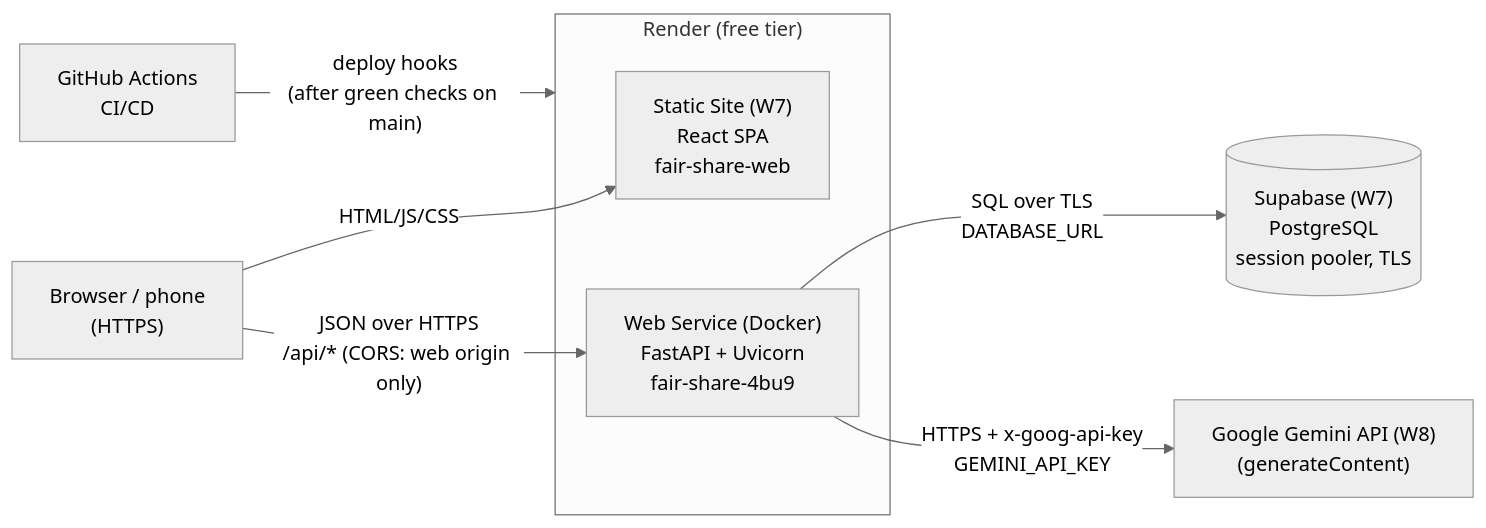
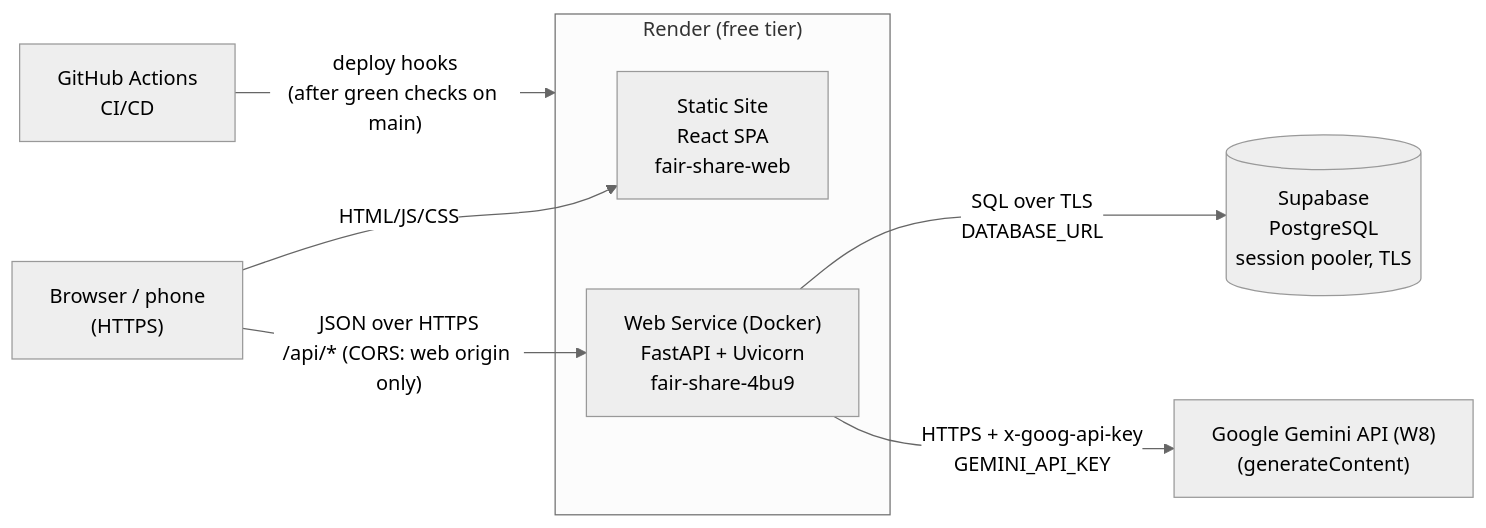
The first of 5 diagrams in docs/ARCHITECTURE.md (NeitLN/Fair-Share), drawn with Mermaid (neutral theme) before and after one commit. The commit also changed other lines of this file and 1 other file, not shown here.

First line of the commit message:
docs: the web app is live on a Render Static Site

````diff
--- a/docs/ARCHITECTURE.md
+++ b/docs/ARCHITECTURE.md
@@ -12,17 +13,17 @@
 ```mermaid
 flowchart LR
     U["Browser / phone<br/>(HTTPS)"]
     subgraph Render["Render (free tier)"]
-        WEB["Static Site (W7)<br/>React SPA<br/>fair-share-web"]
+        WEB["Static Site<br/>React SPA<br/>fair-share-web"]
         API["Web Service (Docker)<br/>FastAPI + Uvicorn<br/>fair-share-4bu9"]
     end
-    DB[("Supabase (W7)<br/>PostgreSQL<br/>session pooler, TLS")]
+    DB[("Supabase<br/>PostgreSQL<br/>session pooler, TLS")]
     AI["Google Gemini API (W8)<br/>(generateContent)"]
     GH["GitHub Actions<br/>CI/CD"]
 
     U -- "HTML/JS/CSS" --> WEB
     U -- "JSON over HTTPS<br/>/api/* (CORS: web origin only)" --> API
     API -- "SQL over TLS<br/>DATABASE_URL" --> DB
     API -- "HTTPS + x-goog-api-key<br/>GEMINI_API_KEY" --> AI
     GH -- "deploy hooks<br/>(after green checks on main)" --> Render
 ```
````
